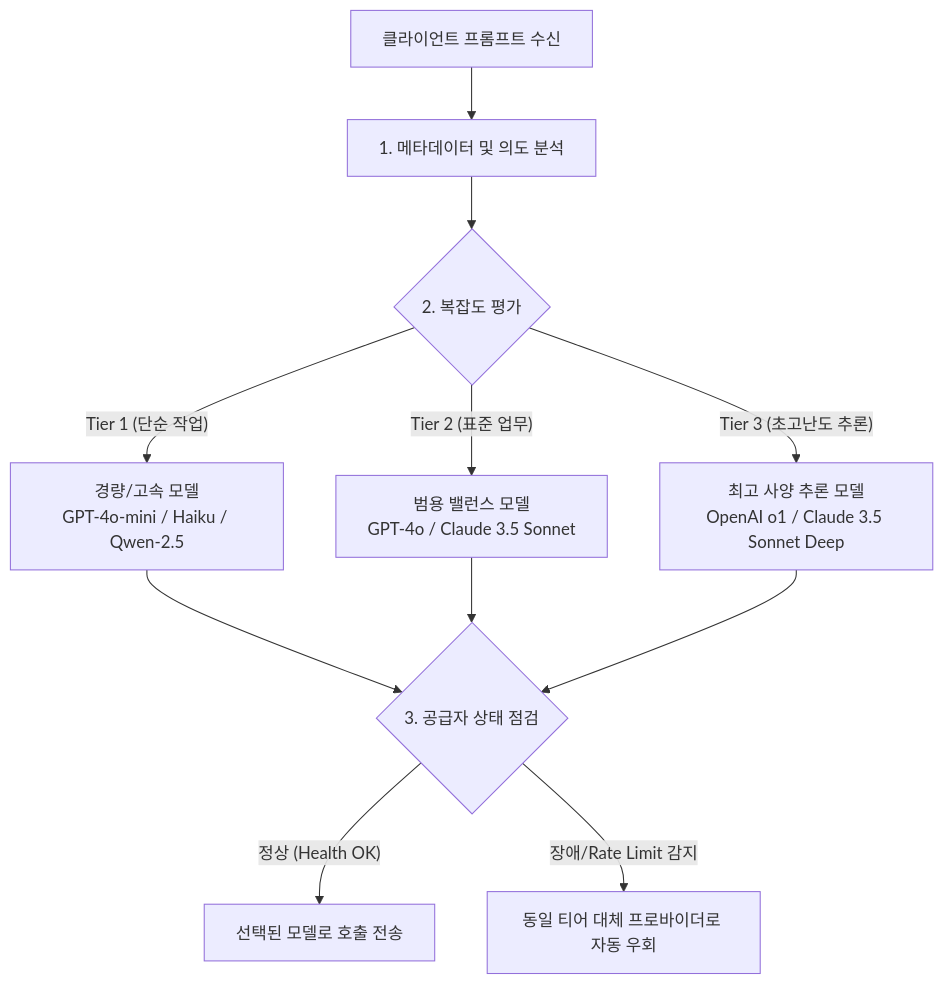
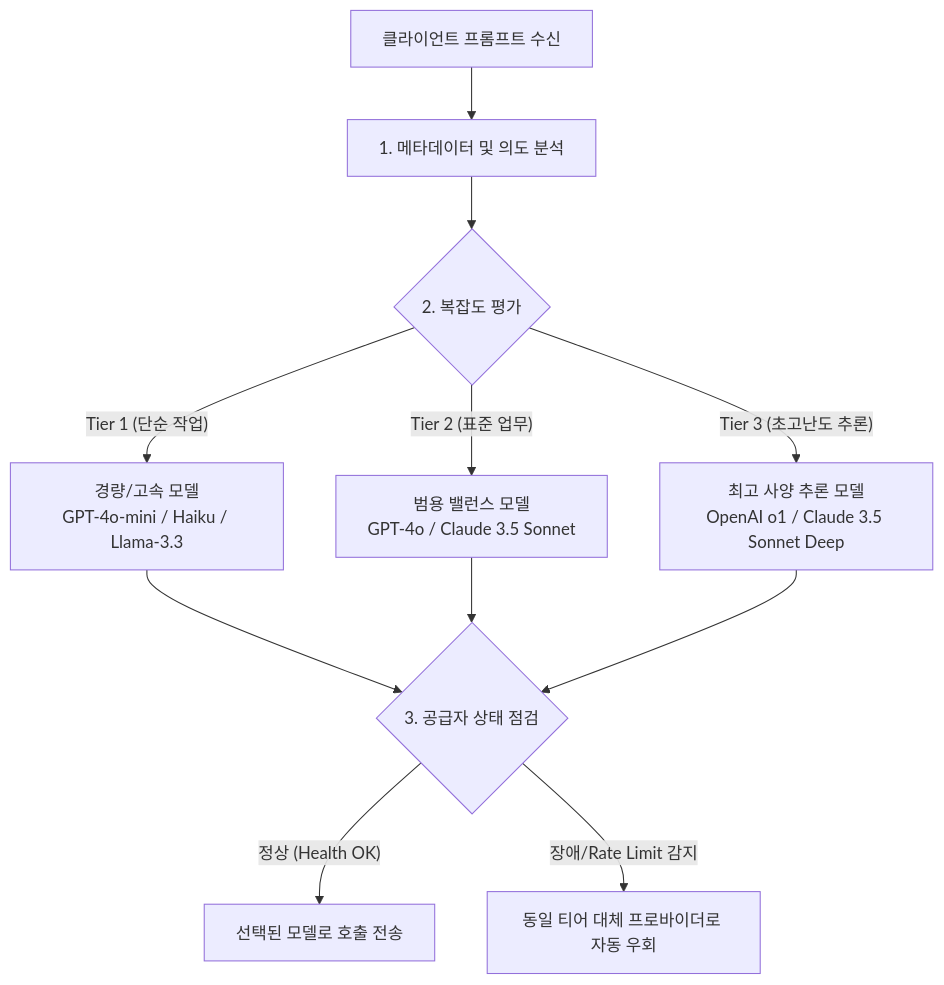
Before and after one commit to DramaticCollaboration/doc.github.io: the diagram in ko/syncllm/routing-and-gateway.md, drawn with Mermaid. The commit also changed 49 other files, not shown here.

````diff
--- a/ko/syncllm/routing-and-gateway.md
+++ b/ko/syncllm/routing-and-gateway.md
@@ -31,20 +31,20 @@
 ```mermaid
 flowchart TD
     Prompt["클라이언트 프롬프트 수신"] --> Analyze["1. 메타데이터 및 의도 분석"]
     
     Analyze --> Decision{"2. 복잡도 평가"}
     
     Decision -->|"Tier 1 (단순 작업)"| T1["경량/고속 모델
-GPT-4o-mini / Haiku / Qwen-2.5"]
+GPT-4o-mini / Haiku / Llama-3.3"]
     Decision -->|"Tier 2 (표준 업무)"| T2["범용 밸런스 모델
 GPT-4o / Claude 3.5 Sonnet"]
     Decision -->|"Tier 3 (초고난도 추론)"| T3["최고 사양 추론 모델
 OpenAI o1 / Claude 3.5 Sonnet Deep"]
     
     T1 --> CheckHealth{"3. 공급자 상태 점검"}
     T2 --> CheckHealth
     T3 --> CheckHealth
     
     CheckHealth -->|"정상 (Health OK)"| Dispatch["선택된 모델로 호출 전송"]
     CheckHealth -->|"장애/Rate Limit 감지"| Failover["동일 티어 대체 프로바이더로 자동 우회"]
 ```
````
